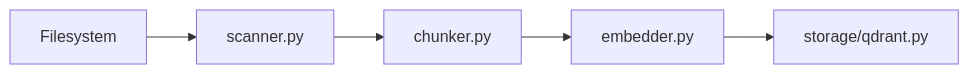
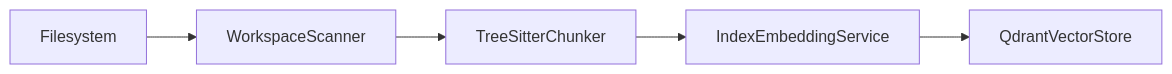
Before and after one commit to Tusquito/codebase-indexer-mcp: the second of 2 diagrams in docs/ARCHITECTURE.md, drawn with Mermaid. The commit also changed other lines of this file and 210 other files, not shown here.

````diff
--- a/docs/ARCHITECTURE.md
+++ b/docs/ARCHITECTURE.md
@@ -55,9 +59,9 @@
 ```mermaid
 flowchart LR
     FS[Filesystem]
-    S1[scanner.py]
-    S2[chunker.py]
-    S3[embedder.py]
-    S4[storage/qdrant.py]
+    S1[WorkspaceScanner]
+    S2[TreeSitterChunker]
+    S3[IndexEmbeddingService]
+    S4[QdrantVectorStore]
     FS --> S1 --> S2 --> S3 --> S4
 ```
````
